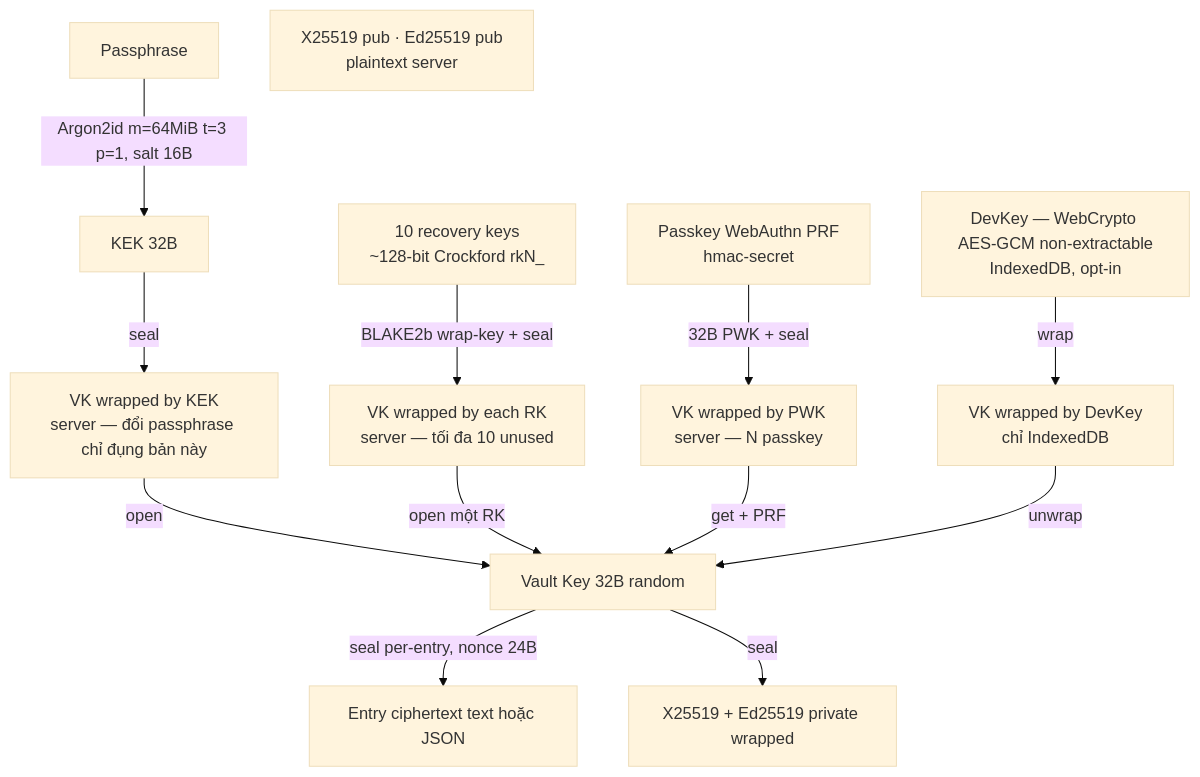
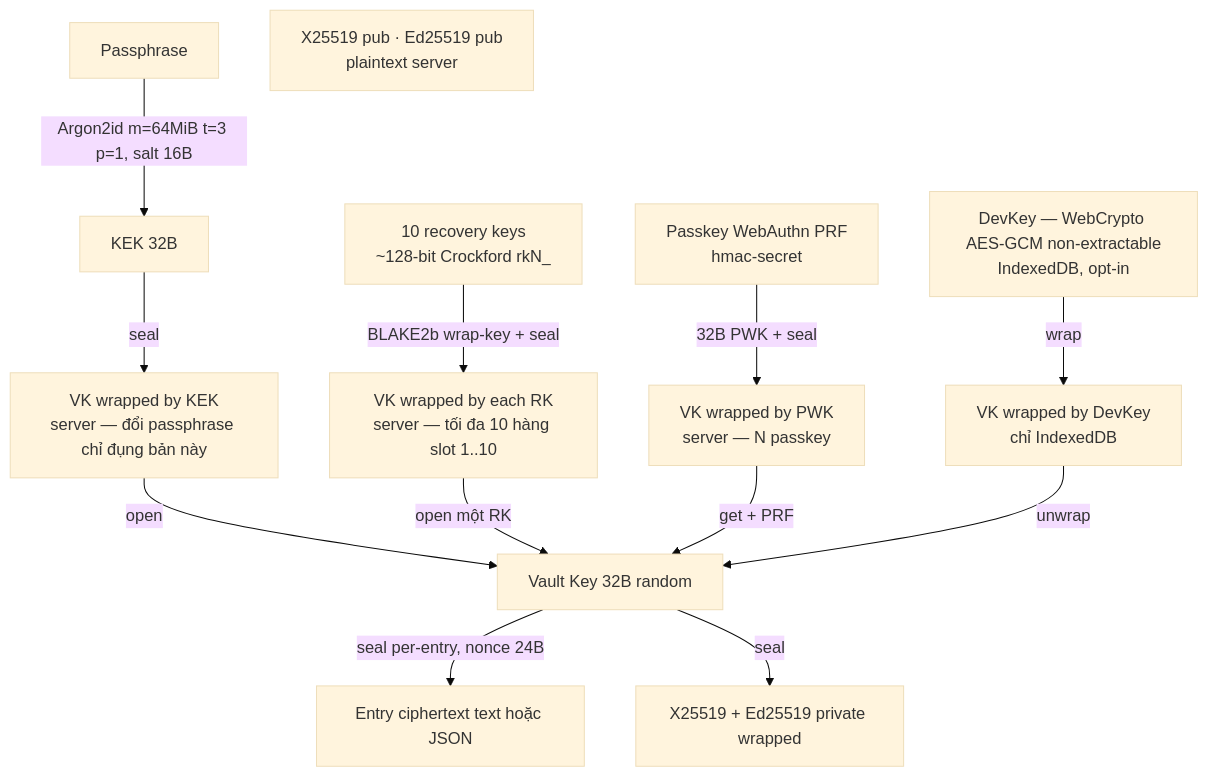
Before and after one commit to zone17th/engram: the fourth of 5 diagrams in docs/SPEC.md, drawn with Mermaid (base theme). The commit also changed other lines of this file, not shown here.

````diff
--- a/docs/SPEC.md
+++ b/docs/SPEC.md
@@ -653,15 +653,15 @@
 ```mermaid
 flowchart TD
     P[Passphrase] -->|Argon2id m=64MiB t=3 p=1, salt 16B| KEK[KEK 32B]
     KEK -->|seal| WK[VK wrapped by KEK<br/>server — đổi passphrase chỉ đụng bản này]
     WK -->|open| VK[Vault Key 32B random]
-    RK[10 recovery keys<br/>~128-bit Crockford rkN_] -->|BLAKE2b wrap-key + seal| WR[VK wrapped by each RK<br/>server — tối đa 10 unused]
+    RK[10 recovery keys<br/>~128-bit Crockford rkN_] -->|BLAKE2b wrap-key + seal| WR[VK wrapped by each RK<br/>server — tối đa 10 hàng slot 1..10]
     WR -->|open một RK| VK
     PK[Passkey WebAuthn PRF<br/>hmac-secret] -->|32B PWK + seal| WPW[VK wrapped by PWK<br/>server — N passkey]
     WPW -->|get + PRF| VK
     VK -->|seal per-entry, nonce 24B| E1[Entry ciphertext text hoặc JSON]
     VK -->|seal| WP[X25519 + Ed25519 private wrapped]
     PUB[X25519 pub · Ed25519 pub<br/>plaintext server]
     DK[DevKey — WebCrypto AES-GCM non-extractable<br/>IndexedDB, opt-in] -->|wrap| WD[VK wrapped by DevKey<br/>chỉ IndexedDB]
     WD -->|unwrap| VK
 ```
````
